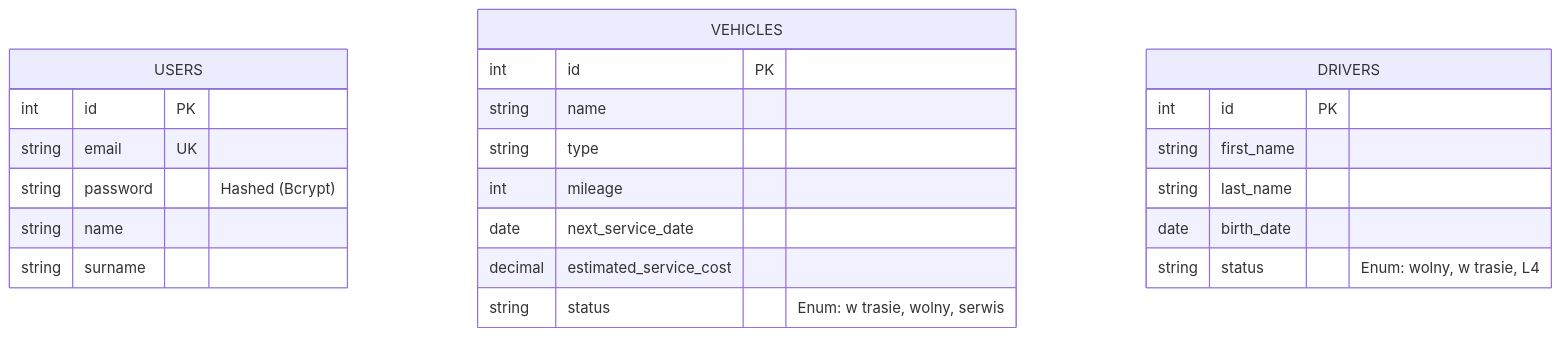
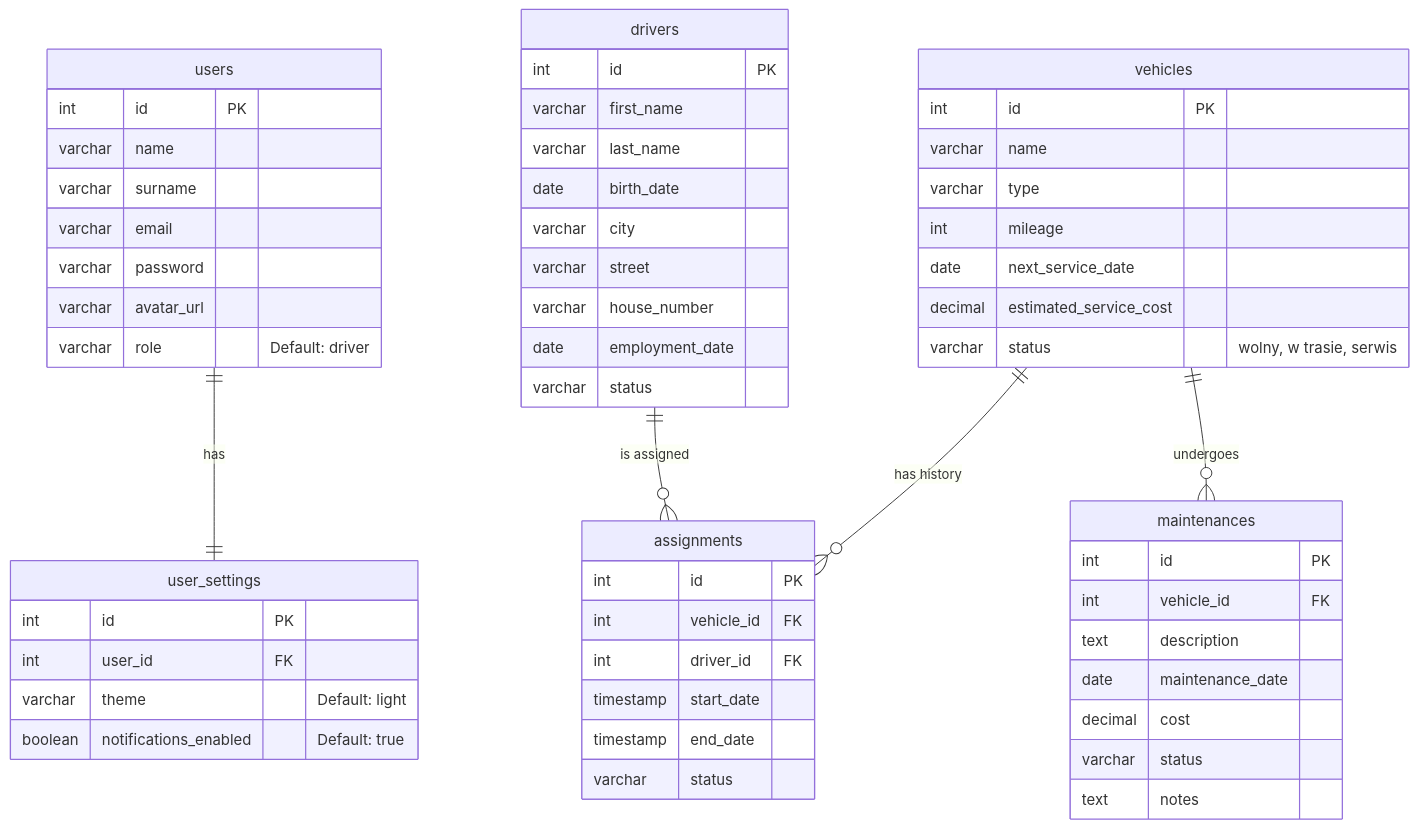
The diagram in README.md (pSus365/webintro), drawn with Mermaid before and after one commit. The commit also changed other lines of this file, not shown here.

````diff
--- a/README.md
+++ b/README.md
@@ -69,26 +70,65 @@
 ```mermaid
 erDiagram
-    USERS {
+    users {
         int id PK
-        string email UK
-        string password "Hashed (Bcrypt)"
-        string name
-        string surname
+        varchar name
+        varchar surname
+        varchar email
+        varchar password
+        varchar avatar_url
+        varchar role "Default: driver"
     }
-    VEHICLES {
+
+    user_settings {
         int id PK
-        string name
-        string type
+        int user_id FK
+        varchar theme "Default: light"
+        boolean notifications_enabled "Default: true"
+    }
+
+    vehicles {
+        int id PK
+        varchar name
+        varchar type
         int mileage
         date next_service_date
         decimal estimated_service_cost
-        string status "Enum: w trasie, wolny, serwis"
+        varchar status "wolny, w trasie, serwis"
     }
-    DRIVERS {
+
+    drivers {
         int id PK
-        string first_name
-        string last_name
+        varchar first_name
+        varchar last_name
         date birth_date
-        string status "Enum: wolny, w trasie, L4"
+        varchar city
+        varchar street
+        varchar house_number
+        date employment_date
+        varchar status
     }
+
+    assignments {
+        int id PK
+        int vehicle_id FK
+        int driver_id FK
+        timestamp start_date
+        timestamp end_date
+        varchar status
+    }
+
+    maintenances {
+        int id PK
+        int vehicle_id FK
+        text description
+        date maintenance_date
+        decimal cost
+        varchar status
+        text notes
+    }
+
+    users ||--|| user_settings : "has"
+    vehicles ||--o{ assignments : "has history"
+    drivers ||--o{ assignments : "is assigned"
+    vehicles ||--o{ maintenances : "undergoes"
 ```
````
